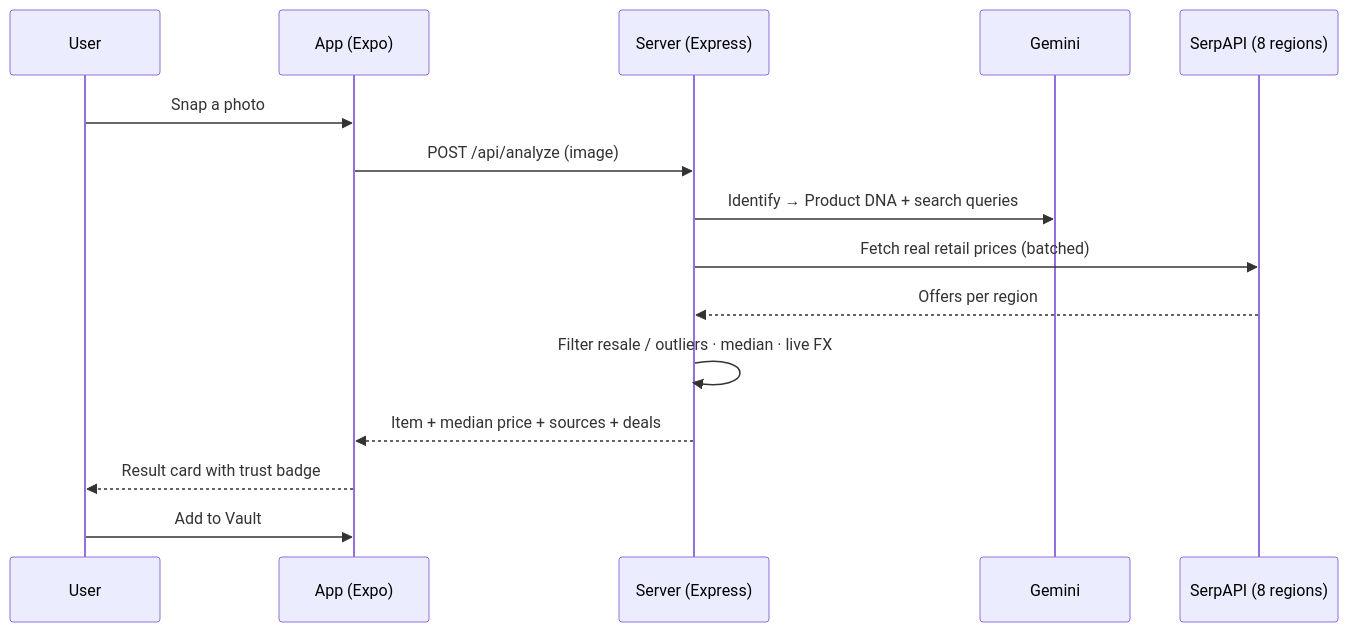
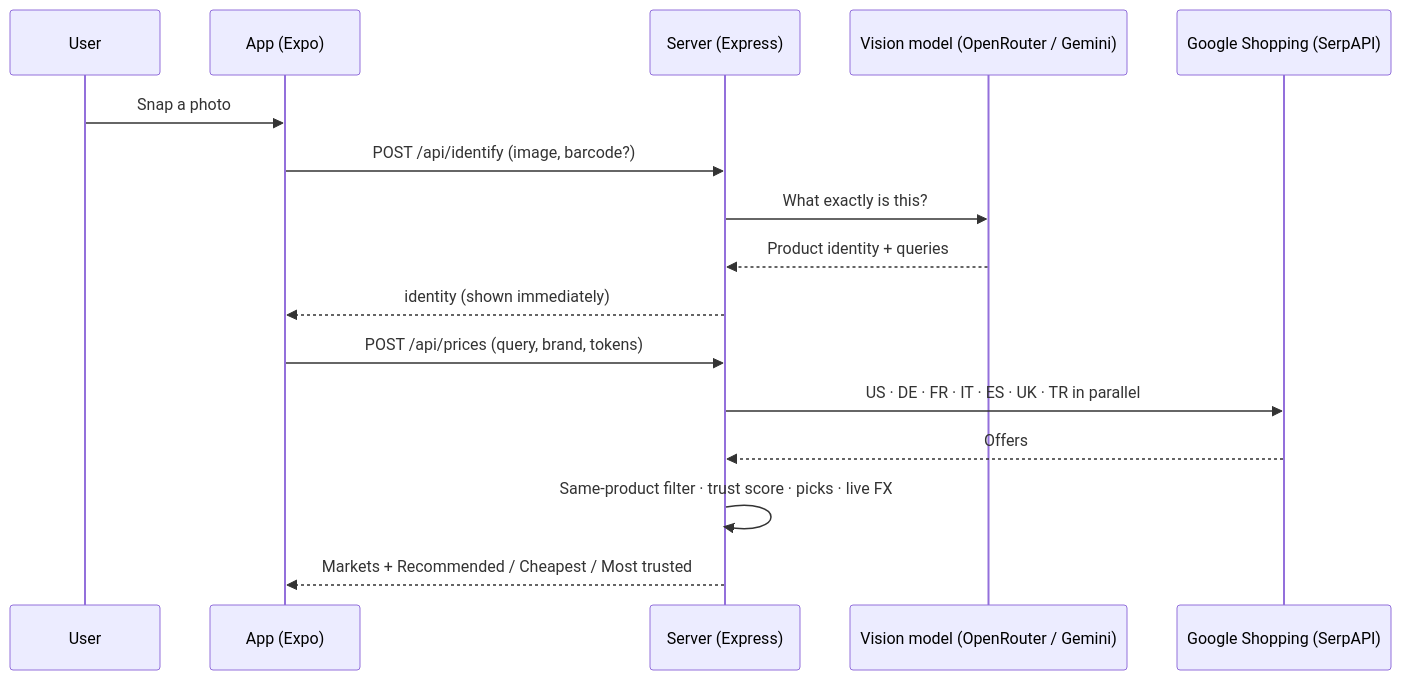
Before and after one commit to cettocdx/scope: the diagram in README.md, drawn with Mermaid. The commit also changed other lines of this file and 6 other files, not shown here.

First line of the commit message:
docs, ci: document the new scan flow and make type checks blocking

````diff
--- a/README.md
+++ b/README.md
@@ -56,18 +58,19 @@
 ```mermaid
 sequenceDiagram
     participant U as User
     participant A as App (Expo)
     participant S as Server (Express)
-    participant G as Gemini
-    participant P as SerpAPI (8 regions)
+    participant M as Vision model (OpenRouter / Gemini)
+    participant P as Google Shopping (SerpAPI)
 
     U->>A: Snap a photo
-    A->>S: POST /api/analyze (image)
-    S->>G: Identify → Product DNA + search queries
-    S->>P: Fetch real retail prices (batched)
-    P-->>S: Offers per region
-    S->>S: Filter resale / outliers · median · live FX
-    S-->>A: Item + median price + sources + deals
-    A-->>U: Result card with trust badge
-    U->>A: Add to Vault
+    A->>S: POST /api/identify (image, barcode?)
+    S->>M: What exactly is this?
+    M-->>S: Product identity + queries
+    S-->>A: identity (shown immediately)
+    A->>S: POST /api/prices (query, brand, tokens)
+    S->>P: US · DE · FR · IT · ES · UK · TR in parallel
+    P-->>S: Offers
+    S->>S: Same-product filter · trust score · picks · live FX
+    S-->>A: Markets + Recommended / Cheapest / Most trusted
 ```
````
